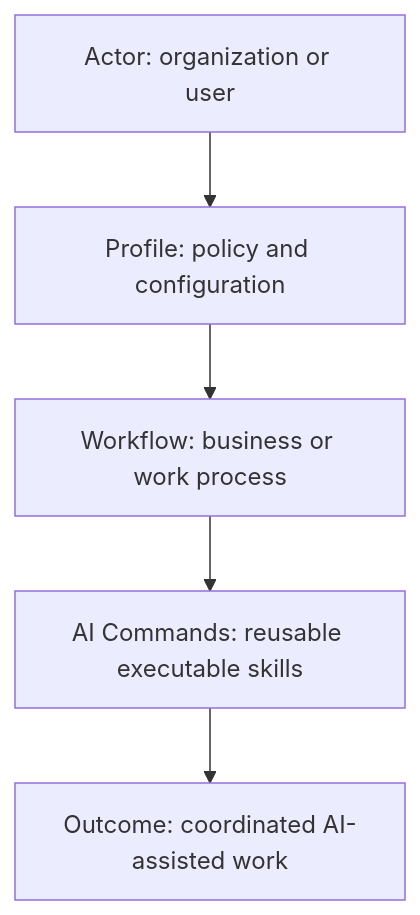
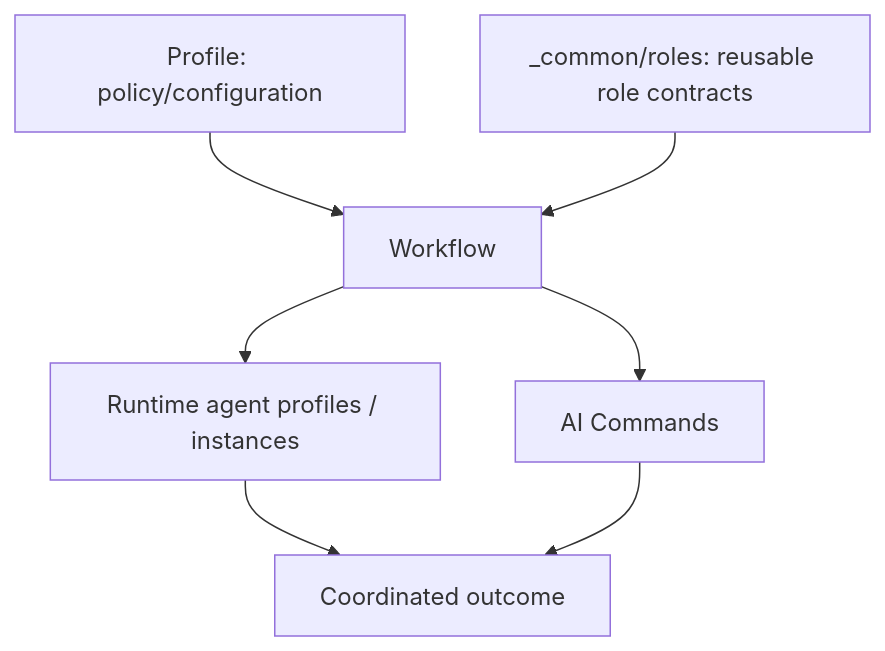
One commit to starodubtsevconsulting/ai-workflows changed the diagram in README.md. Above: the diagram before and after it, drawn with Mermaid. The commit also changed other lines of this file, not shown here.

````diff
--- a/README.md
+++ b/README.md
@@ -3,8 +5,9 @@
 ```mermaid
 flowchart TD
-  Actor["Actor: organization or user"]
-  Actor --> Profile["Profile: policy and configuration"]
-  Profile --> Workflow["Workflow: business or work process"]
-  Workflow --> Commands["AI Commands: reusable executable skills"]
-  Commands --> Outcome["Outcome: coordinated AI-assisted work"]
+  Profile["Profile: policy/configuration"] --> Workflow["Workflow"]
+  Common["_common/roles: reusable role contracts"] --> Workflow
+  Workflow --> Agents["Runtime agent profiles / instances"]
+  Workflow --> Commands["AI Commands"]
+  Agents --> Outcome["Coordinated outcome"]
+  Commands --> Outcome
 ```
````
